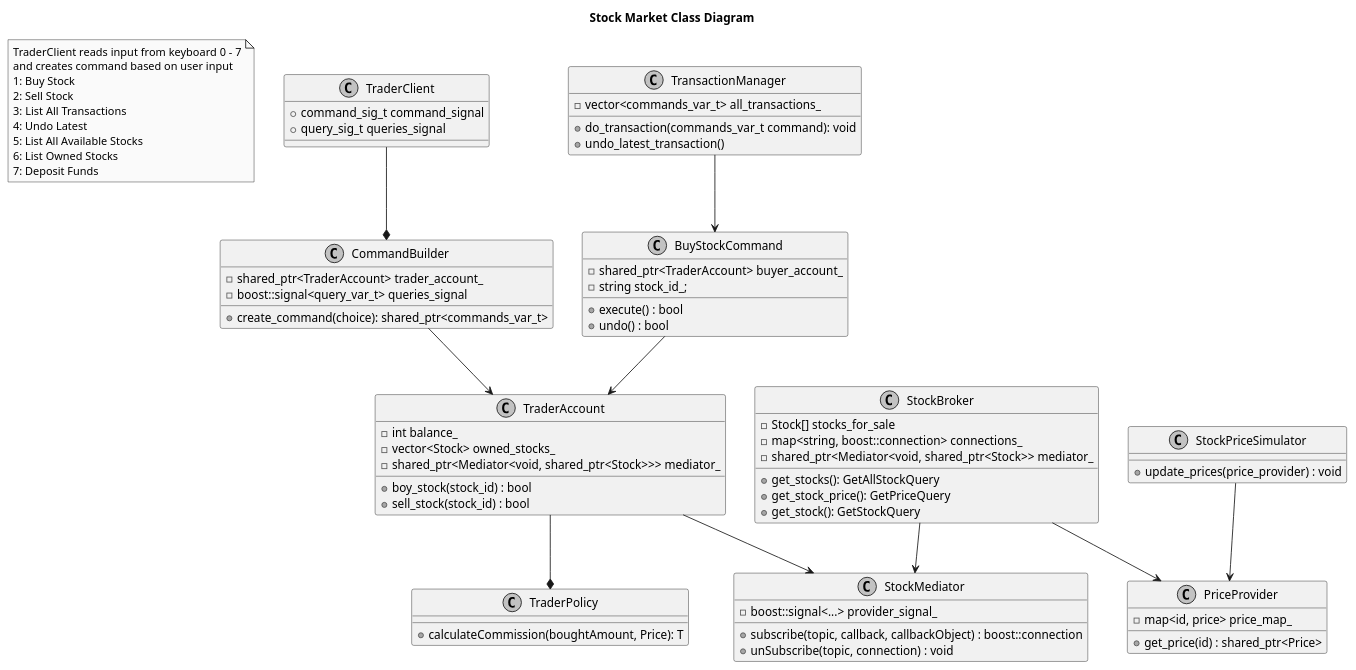
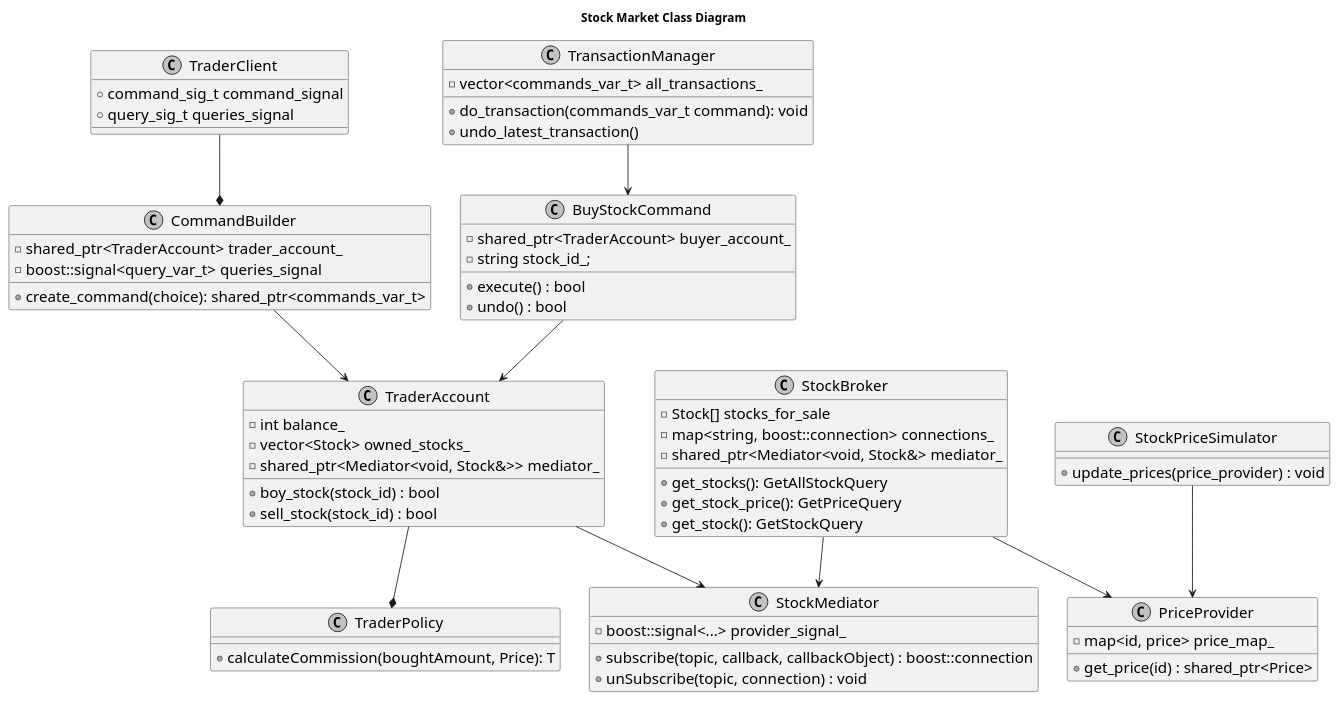
The diagram in stock-market.pu (MarcusGasberg/apk_stock_market), drawn with PlantUML before and after one commit. The commit also changed 5 other files, not shown here.

Commit message:
updated diagrams

```diff
--- a/stock-market.pu
+++ b/stock-market.pu
@@ -1,88 +1,79 @@
 @startuml StockMarketClassDiagram
 skinparam Monochrome true
 skinparam Shadowing false
+skinparam ClassFontSize 22
+skinparam ClassAttributeFontSize 18
+skinparam NoteFontSize 18
 
 title Stock Market Class Diagram 
-
-note as N2
-  TraderClient reads input from keyboard 0 - 7
-  and creates command based on user input 
-  1: Buy Stock
-  2: Sell Stock
-  3: List All Transactions 
-  4: Undo Latest 
-  5: List All Available Stocks 
-  6: List Owned Stocks 
-  7: Deposit Funds 
-end note
 
 class TraderClient {
   + command_sig_t command_signal 
   + query_sig_t queries_signal
 }
 
 class TransactionManager {
   - vector<commands_var_t> all_transactions_
   + do_transaction(commands_var_t command): void
   + undo_latest_transaction()
 } 
 
 class PriceProvider {
   - map<id, price> price_map_ 
   + get_price(id) : shared_ptr<Price>
 }
 
 class BuyStockCommand {
   - shared_ptr<TraderAccount> buyer_account_ 
   - string stock_id_; 
   + execute() : bool
   + undo() : bool
 }
 
 class StockBroker {
   - Stock[] stocks_for_sale
   - map<string, boost::connection> connections_
-  - shared_ptr<Mediator<void, shared_ptr<Stock>> mediator_
+  - shared_ptr<Mediator<void, Stock&> mediator_
   + get_stocks(): GetAllStockQuery
   + get_stock_price(): GetPriceQuery 
   + get_stock(): GetStockQuery  
 }
 
 class StockMediator {
   - boost::signal<...> provider_signal_ 
   + subscribe(topic, callback, callbackObject) : boost::connection
   + unSubscribe(topic, connection) : void 
 }
 
 class CommandBuilder {
   - shared_ptr<TraderAccount> trader_account_ 
   - boost::signal<query_var_t> queries_signal 
   + create_command(choice): shared_ptr<commands_var_t> 
 }
 
 class TraderAccount {
   - int balance_ 
   - vector<Stock> owned_stocks_ 
-  - shared_ptr<Mediator<void, shared_ptr<Stock>>> mediator_ 
+  - shared_ptr<Mediator<void, Stock&>> mediator_ 
   + boy_stock(stock_id) : bool 
   + sell_stock(stock_id) : bool 
 }
 
 class TraderPolicy {
   + calculateCommission(boughtAmount, Price): T 
 }
 
 class StockPriceSimulator {
   + update_prices(price_provider) : void 
 }
 
 TraderClient --* CommandBuilder
 CommandBuilder --> TraderAccount
 TraderAccount --> StockMediator 
 TraderAccount --* TraderPolicy
 StockBroker --> StockMediator
 BuyStockCommand --> TraderAccount
 StockBroker --> PriceProvider
 TransactionManager --> BuyStockCommand
 StockPriceSimulator --> PriceProvider
 @enduml
```
